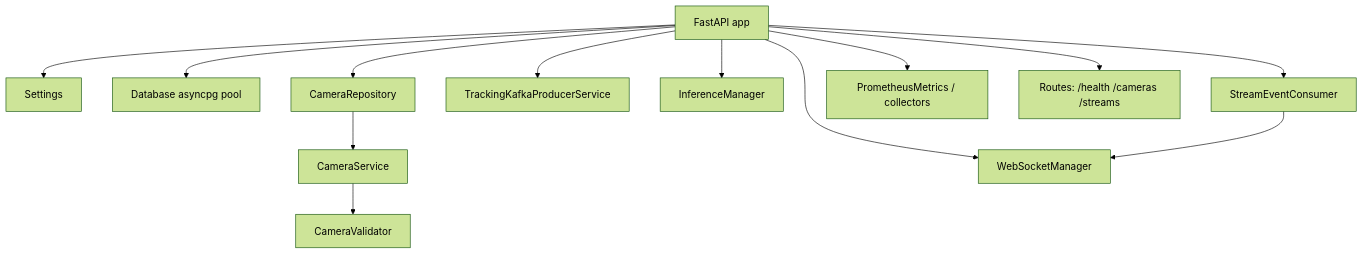
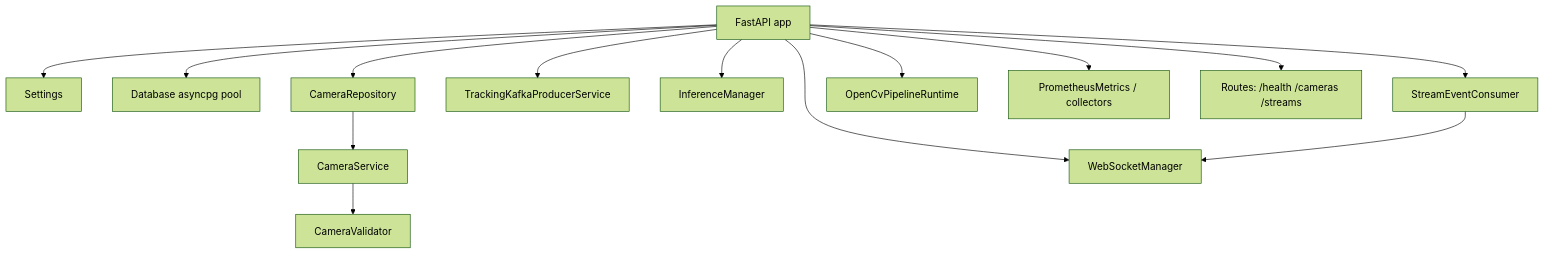
One commit to Premaramkarthik/Ai-Intelligence-Theft-Detection changed the second of 7 diagrams in backend/README.md. Above: the diagram before and after it, drawn with Mermaid (forest theme). The commit also changed other lines of this file and 85 other files, not shown here.

````diff
--- a/backend/README.md
+++ b/backend/README.md
@@ -131,26 +109,28 @@
 ```mermaid
 flowchart TD
     APP[FastAPI app]
     CFG[Settings]
     DB[Database asyncpg pool]
     CAMREP[CameraRepository]
     CAMSVC[CameraService]
     VAL[CameraValidator]
     KPROD[TrackingKafkaProducerService]
     IM[InferenceManager]
     WS[WebSocketManager]
     KCON[StreamEventConsumer]
+    PIPE[OpenCvPipelineRuntime]
     MET[PrometheusMetrics / collectors]
     ROUTES[Routes: /health /cameras /streams]
 
     APP --> CFG
     APP --> DB
     APP --> CAMREP --> CAMSVC
     CAMSVC --> VAL
     APP --> KPROD
     APP --> IM
+    APP --> PIPE
     APP --> WS
     APP --> KCON --> WS
     APP --> MET
     APP --> ROUTES
 ```
````
